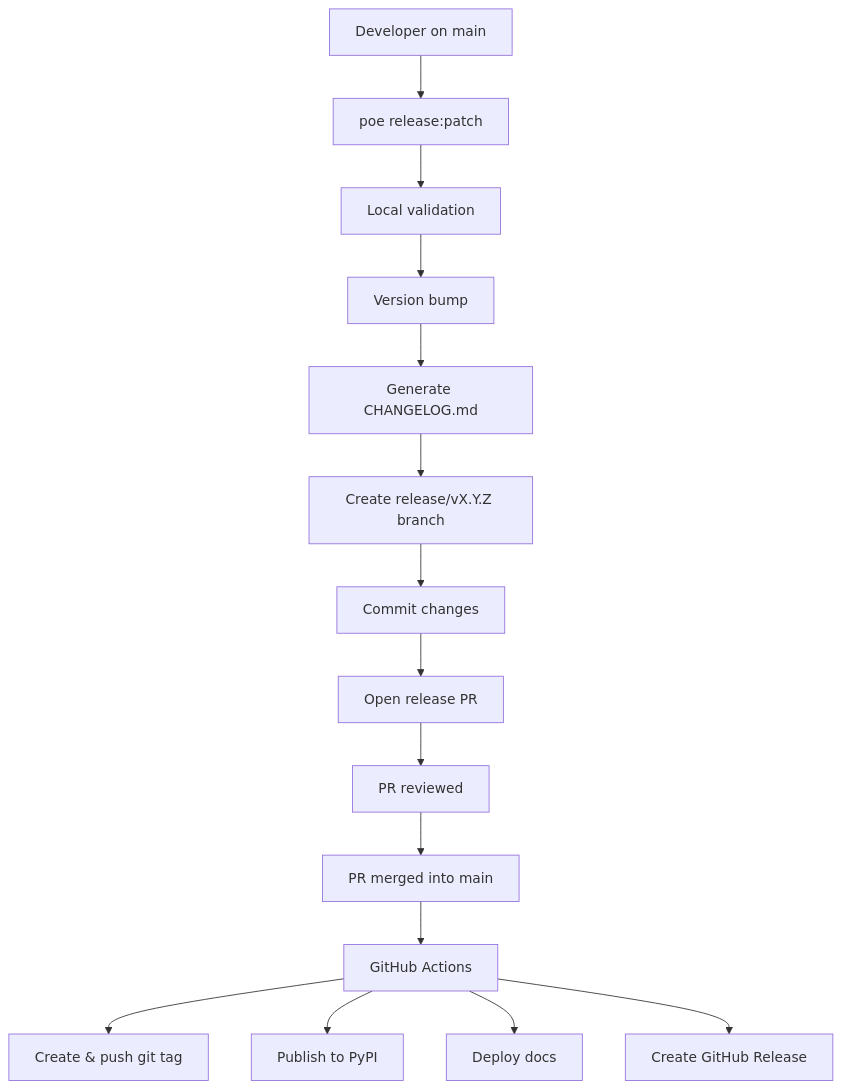
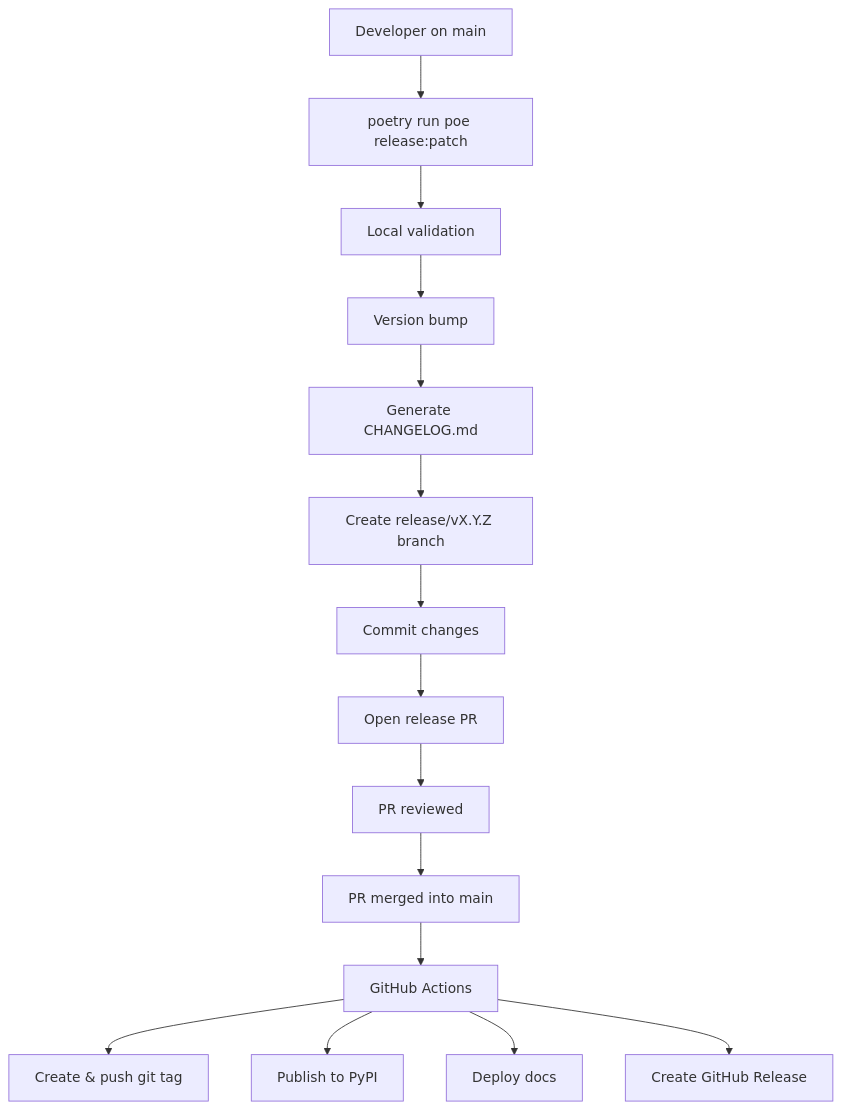
One commit to forging-blocks-org/forging-blocks changed the diagram in RELEASE_GUIDE.md. Above: the diagram before and after it, drawn with Mermaid. The commit also changed other lines of this file and 2 other files, not shown here.

Commit message:
Improving release script documentation for clarity

````diff
--- a/RELEASE_GUIDE.md
+++ b/RELEASE_GUIDE.md
@@ -207,17 +207,17 @@
 ```mermaid
 flowchart TD
-    A[Developer on main] --> B[poe release:patch]
+    A[Developer on main] --> B[poetry run poe release:patch]
     B --> C[Local validation]
     C --> D[Version bump]
     D --> E[Generate CHANGELOG.md]
     E --> F[Create release/vX.Y.Z branch]
     F --> G[Commit changes]
     G --> H[Open release PR]
     H --> I[PR reviewed]
     I --> J[PR merged into main]
     J --> K[GitHub Actions]
     K --> L[Create & push git tag]
     K --> M[Publish to PyPI]
     K --> N[Deploy docs]
     K --> O[Create GitHub Release]
 ```
````
